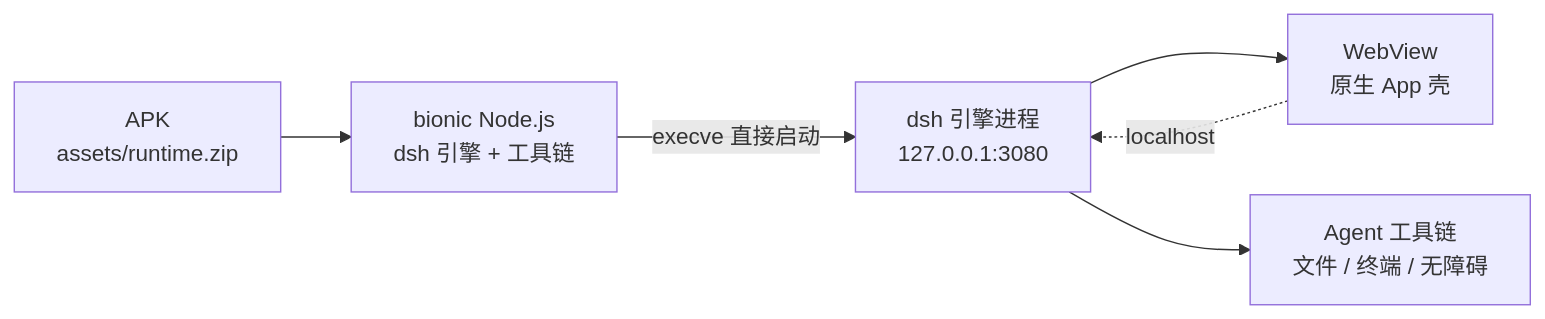
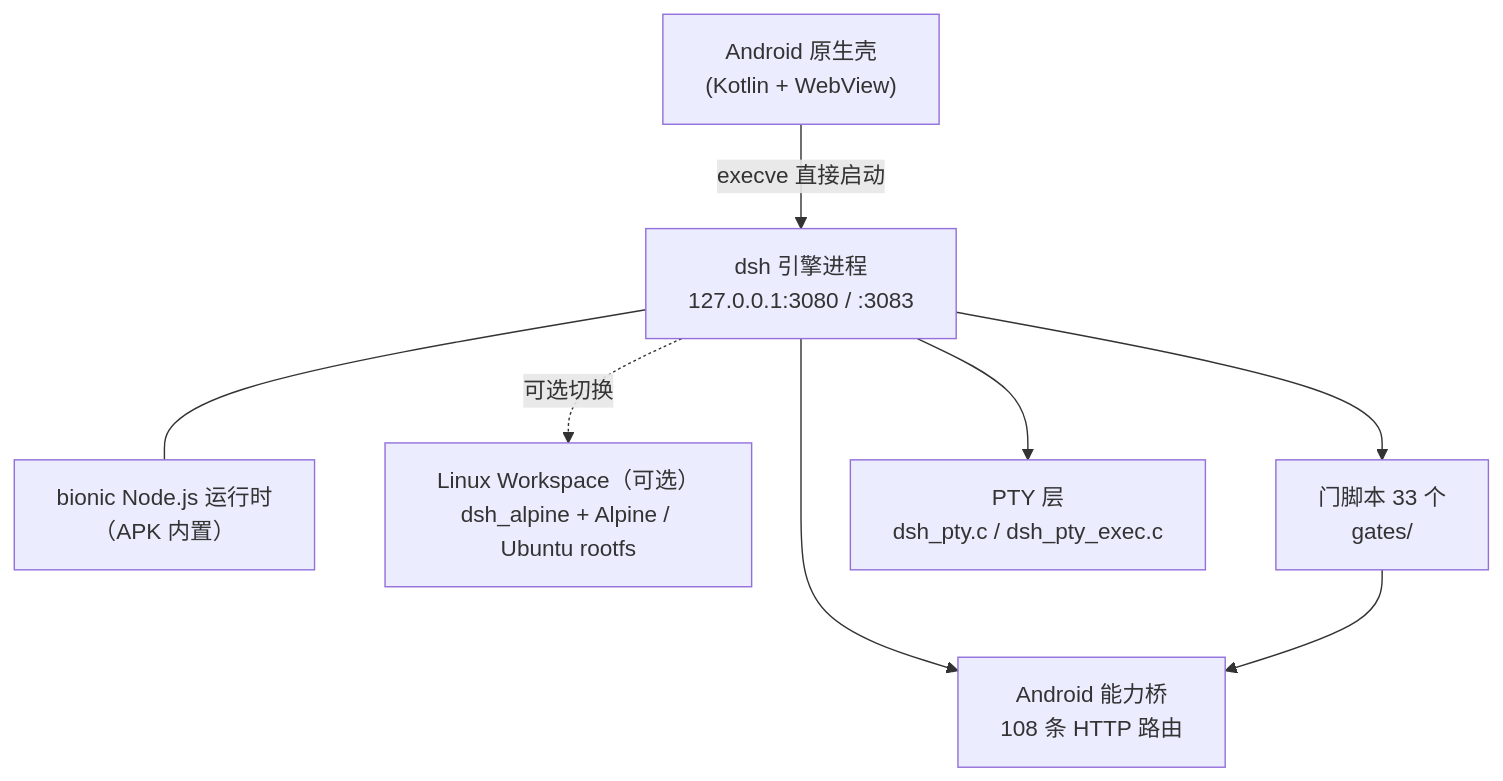
Before and after one commit to Soodok/Deepseek-Harness-Local-Android: the diagram in README.md, drawn with Mermaid. The commit also changed other lines of this file and 2 other files, not shown here.

First line of the commit message:
docs(readme): 全面重写 —— 补 Linux Workspace 主体章节、修正全部规模数字

````diff
--- a/README.md
+++ b/README.md
@@ -86,8 +89,18 @@
 ```mermaid
-graph LR
-    A["APK<br/>assets/runtime.zip"] --> B["bionic Node.js<br/>dsh 引擎 + 工具链"]
-    B -->|"execve 直接启动"| C["dsh 引擎进程<br/>127.0.0.1:3080"]
-    C --> D["WebView<br/>原生 App 壳"]
-    C --> E["Agent 工具链<br/>文件 / 终端 / 无障碍"]
-    D -.->|"localhost"| C
+flowchart TB
+    UI["Android 原生壳<br/>(Kotlin + WebView)"]
+    E["dsh 引擎进程<br/>127.0.0.1:3080 / :3083"]
+    R["bionic Node.js 运行时<br/>（APK 内置）"]
+    L["Linux Workspace（可选）<br/>dsh_alpine + Alpine / Ubuntu rootfs"]
+    B["Android 能力桥<br/>108 条 HTTP 路由"]
+    G["门脚本 33 个<br/>gates/"]
+    P["PTY 层<br/>dsh_pty.c / dsh_pty_exec.c"]
+
+    UI -->|"execve 直接启动"| E
+    E --- R
+    E --> B
+    E --> G
+    E --> P
+    E -.->|"可选切换"| L
+    G --> B
 ```
````
